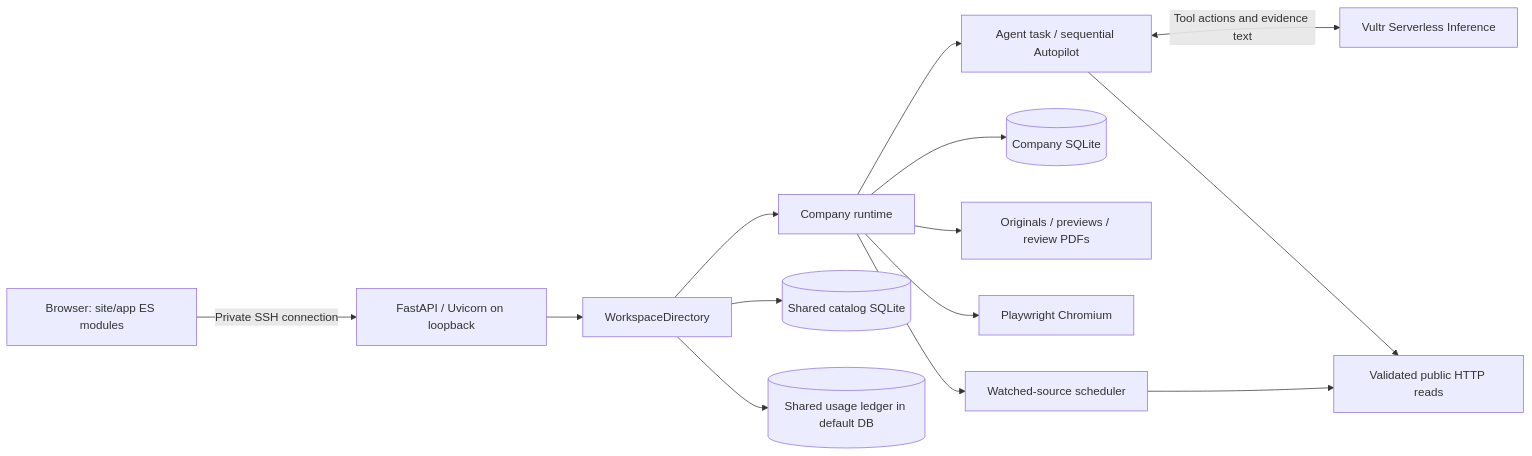
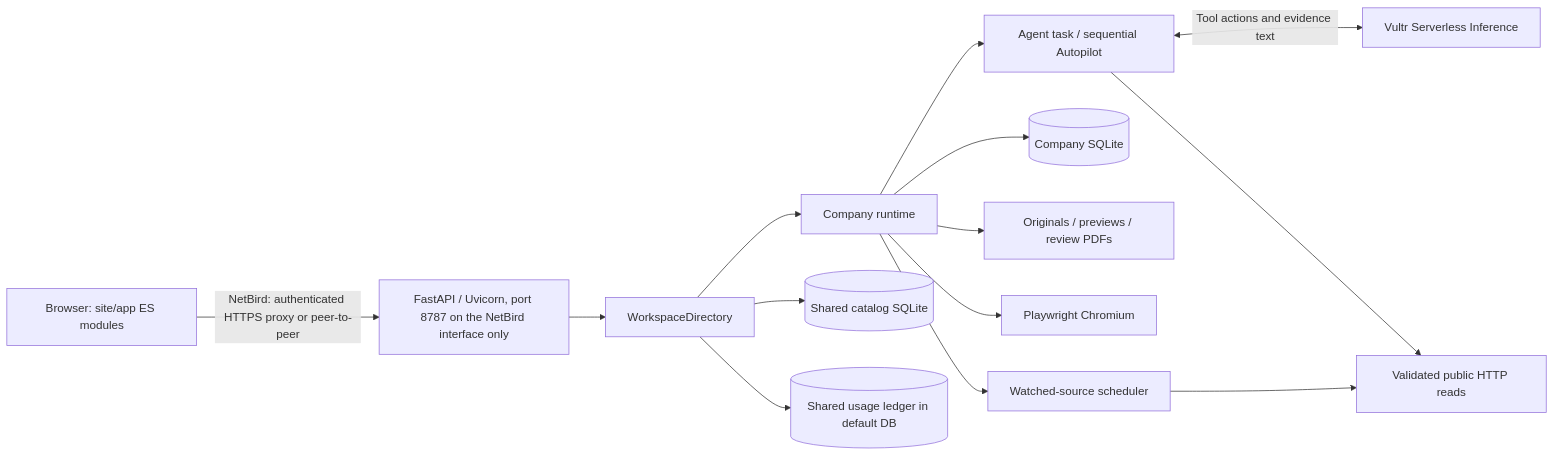
The diagram in app/docs/architecture.md (yveshughes/rfp-agent), drawn with Mermaid before and after one commit. The commit also changed other lines of this file and 5 other files, not shown here.

First line of the commit message:
Describe the NetBird access layer as deployed

````diff
--- a/app/docs/architecture.md
+++ b/app/docs/architecture.md
@@ -5,16 +5,16 @@
 ```mermaid
 flowchart LR
-  UI[Browser: site/app ES modules] -->|Private SSH connection| API[FastAPI / Uvicorn on loopback]
+  UI[Browser: site/app ES modules] -->|NetBird: authenticated HTTPS proxy or peer-to-peer| API[FastAPI / Uvicorn, port 8787 on the NetBird interface only]
   API --> DIR[WorkspaceDirectory]
   DIR --> R[Company runtime]
   R --> AG[Agent task / sequential Autopilot]
   AG <-->|Tool actions and evidence text| LLM[Vultr Serverless Inference]
   R --> DB[(Company SQLite)]
   R --> FILES[Originals / previews / review PDFs]
   R --> B[Playwright Chromium]
   R --> W[Watched-source scheduler]
   W --> GET[Validated public HTTP reads]
   AG --> GET
   DIR --> CAT[(Shared catalog SQLite)]
   DIR --> USAGE[(Shared usage ledger in default DB)]
 ```
````
